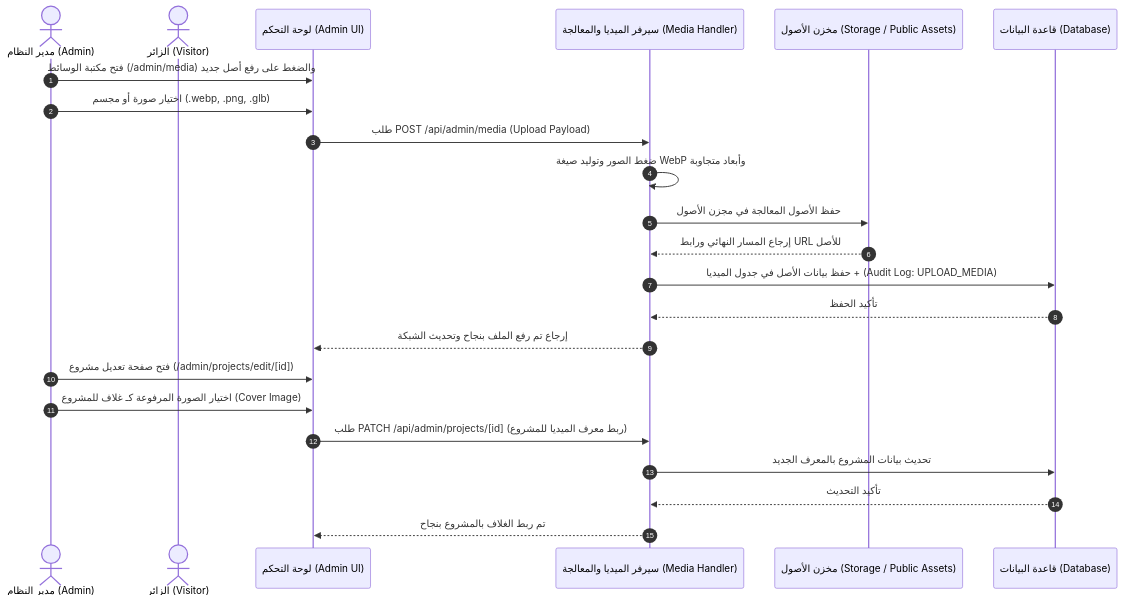
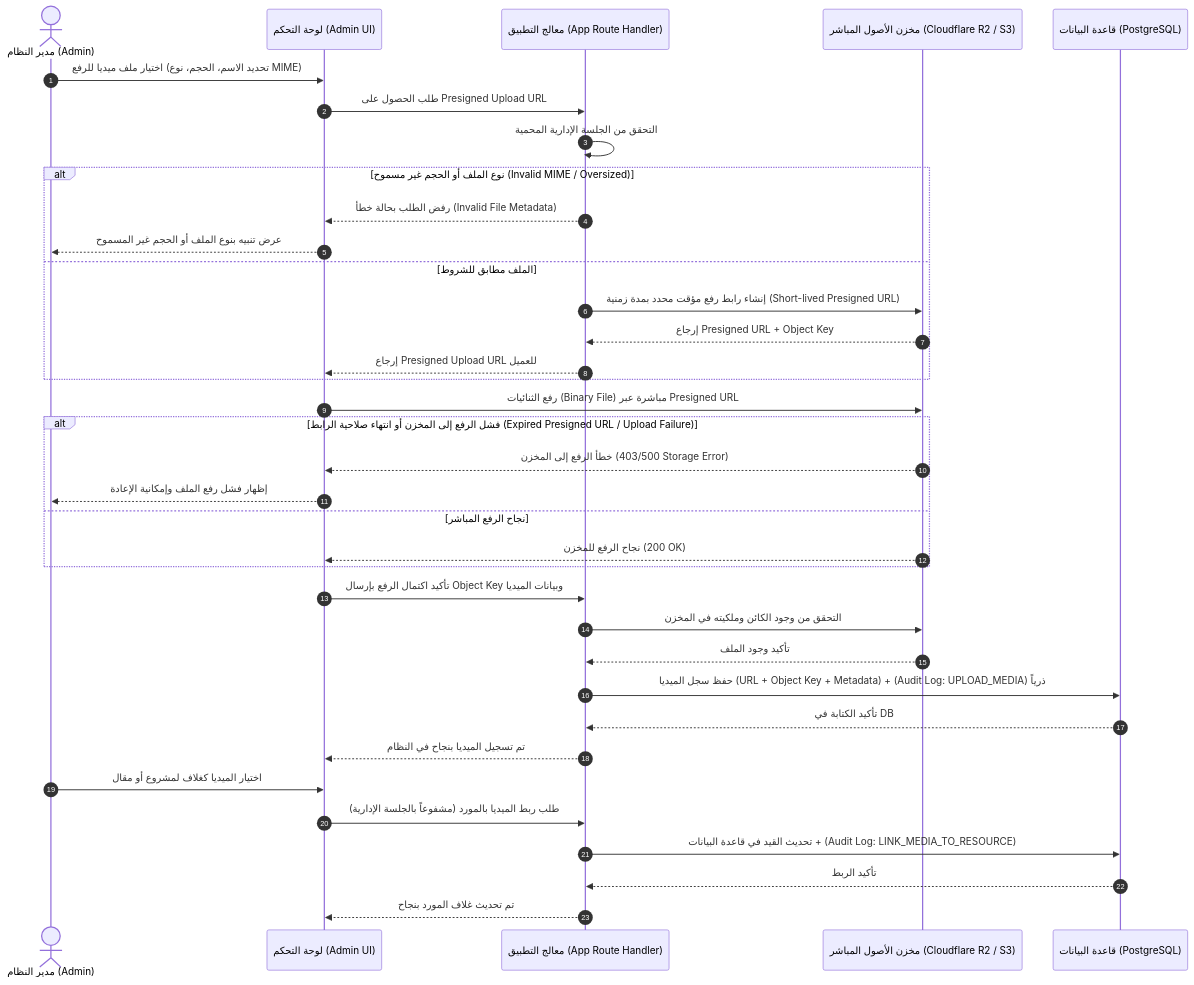
Before and after one commit to Eissaali11/maywebeissa: the third of 3 diagrams in docs/requirements/USER-FLOWS.md, drawn with Mermaid. The commit also changed other lines of this file and 2 other files, not shown here.

Commit message:
docs(req): apply COO review corrections to SRS, site map, and user flows

````diff
--- a/docs/requirements/USER-FLOWS.md
+++ b/docs/requirements/USER-FLOWS.md
@@ -80,26 +106,45 @@
 ```mermaid
 sequenceDiagram
     autonumber
     actor A as مدير النظام (Admin)
-    actor V as الزائر (Visitor)
     participant B as لوحة التحكم (Admin UI)
-    participant S as سيرفر الميديا والمعالجة (Media Handler)
-    participant FS as مخزن الأصول (Storage / Public Assets)
-    participant DB as قاعدة البيانات (Database)
+    participant S as معالج التطبيق (App Route Handler)
+    participant ST as مخزن الأصول المباشر (Cloudflare R2 / S3)
+    participant DB as قاعدة البيانات (PostgreSQL)
 
-    A->>B: فتح مكتبة الوسائط (/admin/media) والضغط على رفع أصل جديد
-    A->>B: اختيار صورة أو مجسم (.webp, .png, .glb)
-    B->>S: طلب POST /api/admin/media (Upload Payload)
-    S->>S: ضغط الصور وتوليد صيغة WebP وأبعاد متجاوبة
-    S->>FS: حفظ الأصول المعالجة في مجزن الأصول
-    FS-->>S: إرجاع المسار النهائي ورابط URL للأصل
-    S->>DB: حفظ بيانات الأصل في جدول الميديا + (Audit Log: UPLOAD_MEDIA)
-    DB-->>S: تأكيد الحفظ
-    S-->>B: إرجاع تم رفع الملف بنجاح وتحديث الشبكة
-    A->>B: فتح صفحة تعديل مشروع (/admin/projects/edit/[id])
-    A->>B: اختيار الصورة المرفوعة كـ غلاف للمشروع (Cover Image)
-    B->>S: طلب PATCH /api/admin/projects/[id] (ربط معرف الميديا للمشروع)
-    S->>DB: تحديث بيانات المشروع بالمعرف الجديد
-    DB-->>S: تأكيد التحديث
-    S-->>B: تم ربط الغلاف بالمشروع بنجاح
+    A->>B: اختيار ملف ميديا للرفع (تحديد الاسم، الحجم، نوع MIME)
+    B->>S: طلب الحصول على Presigned Upload URL
+    S->>S: التحقق من الجلسة الإدارية المحمية
+    alt نوع الملف أو الحجم غير مسموح (Invalid MIME / Oversized)
+        S-->>B: رفض الطلب بحالة خطأ (Invalid File Metadata)
+        B-->>A: عرض تنبيه بنوع الملف أو الحجم غير المسموح
+    else الملف مطابق للشروط
+        S->>ST: إنشاء رابط رفع مؤقت محدد بمدة زمنية (Short-lived Presigned URL)
+        ST-->>S: إرجاع Presigned URL + Object Key
+        S-->>B: إرجاع Presigned Upload URL للعميل
+    end
+
+    %% Direct Binary Upload from Browser to Storage
+    B->>ST: رفع الثنائيات (Binary File) مباشرة عبر Presigned URL
+    alt فشل الرفع إلى المخزن أو انتهاء صلاحية الرابط (Expired Presigned URL / Upload Failure)
+        ST-->>B: خطأ الرفع إلى المخزن (403/500 Storage Error)
+        B-->>A: إظهار فشل رفع الملف وإمكانية الإعادة
+    else نجاح الرفع المباشر
+        ST-->>B: نجاح الرفع للمخزن (200 OK)
+    end
+
+    %% Confirmation & Database Registration
+    B->>S: تأكيد اكتمال الرفع بإرسال Object Key وبيانات الميديا
+    S->>ST: التحقق من وجود الكائن وملكيته في المخزن
+    ST-->>S: تأكيد وجود الملف
+    S->>DB: حفظ سجل الميديا (URL + Object Key + Metadata) + (Audit Log: UPLOAD_MEDIA) ذرياً
+    DB-->>S: تأكيد الكتابة في DB
+    S-->>B: تم تسجيل الميديا بنجاح في النظام
+
+    %% Linking Media to Project or Post
+    A->>B: اختيار الميديا كغلاف لمشروع أو مقال
+    B->>S: طلب ربط الميديا بالمورد (مشفوعاً بالجلسة الإدارية)
+    S->>DB: تحديث القيد في قاعدة البيانات + (Audit Log: LINK_MEDIA_TO_RESOURCE)
+    DB-->>S: تأكيد الربط
+    S-->>B: تم تحديث غلاف المورد بنجاح
 ```
````
